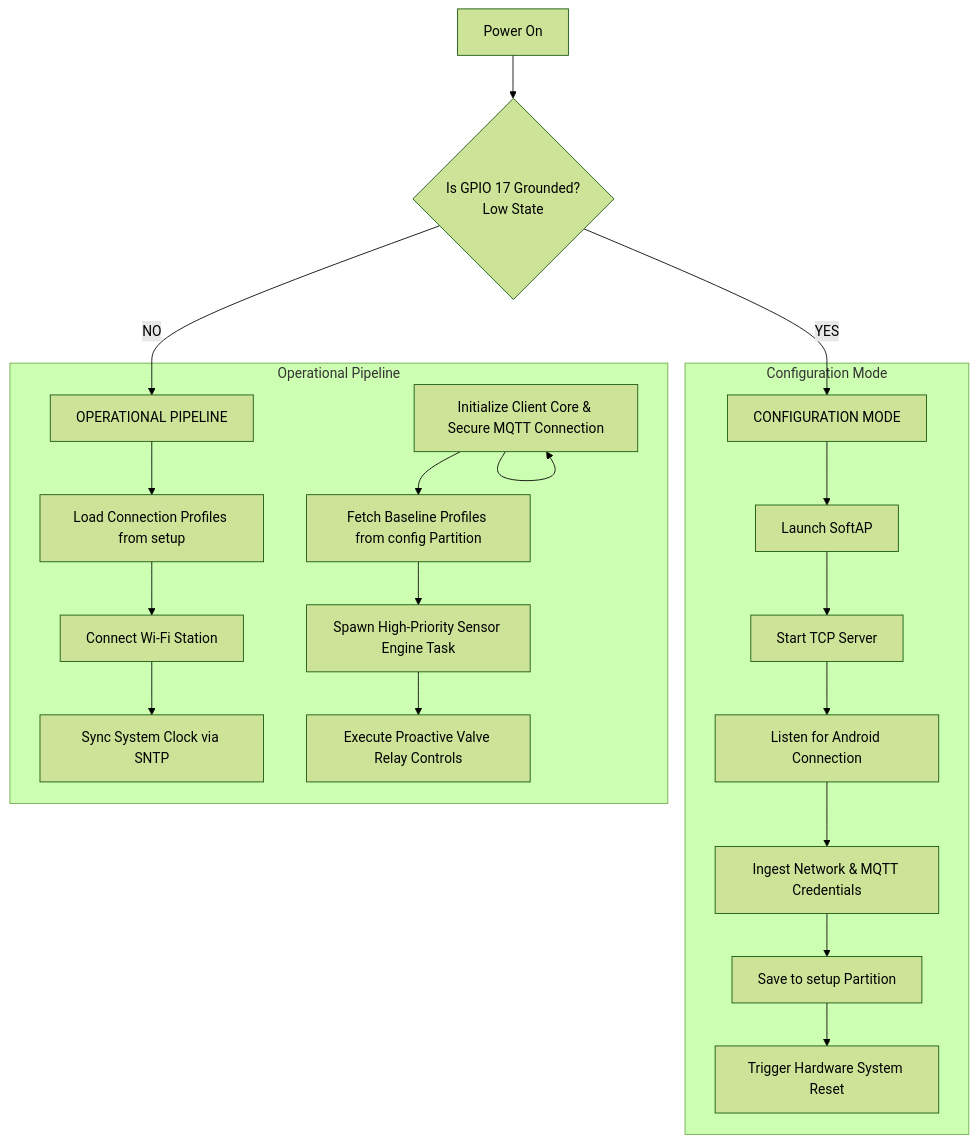
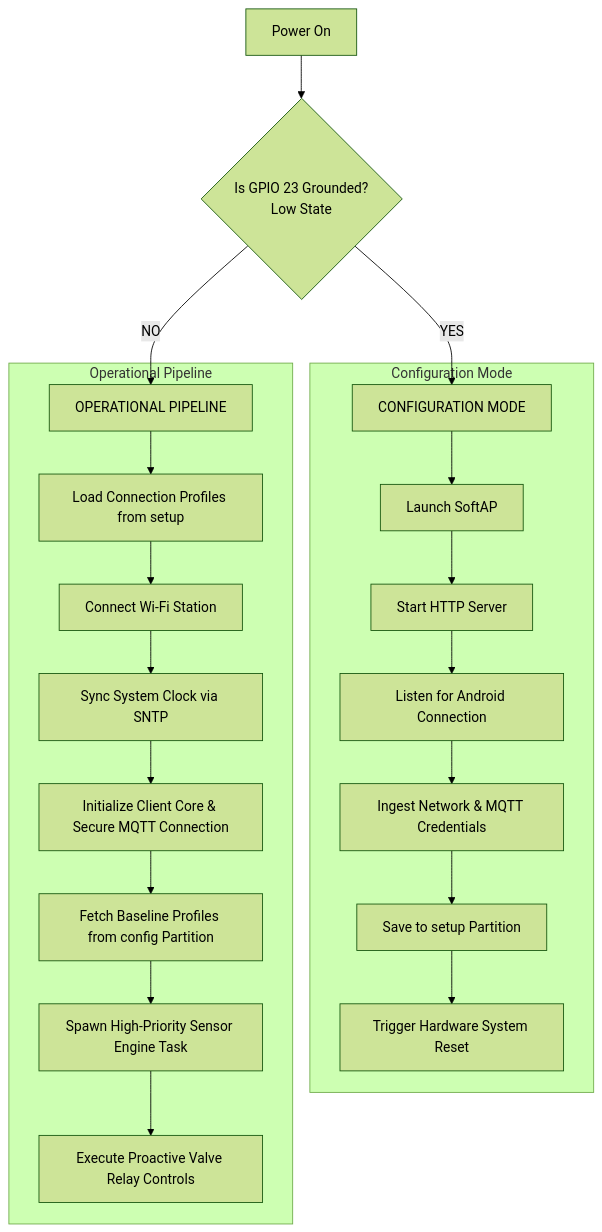
Before and after one commit to yuvalkuck/smart-irrigate: the second of 4 diagrams in README.md, drawn with Mermaid (forest theme). The commit also changed other lines of this file and 2 other files, not shown here.

Commit message:
add power design

````diff
--- a/README.md
+++ b/README.md
@@ -48,26 +48,26 @@
 ```mermaid
 graph TD
-    A[Power On] --> B{Is GPIO 17 Grounded?<br>Low State}
+    A[Power On] --> B{Is GPIO 23 Grounded?<br>Low State}
     
     B -- YES --> C[CONFIGURATION MODE]
     B -- NO  --> D[OPERATIONAL PIPELINE]
     
     subgraph Configuration Mode
         C --> C1[Launch SoftAP]
-        C1 --> C2[Start TCP Server]
+        C1 --> C2[Start HTTP Server]
         C2 --> C3[Listen for Android Connection]
         C3 --> C4[Ingest Network & MQTT Credentials]
         C4 --> C5[Save to setup Partition]
         C5 --> C6[Trigger Hardware System Reset]
     end
     
     subgraph Operational Pipeline
         D --> D1[Load Connection Profiles from setup]
         D1 --> D2[Connect Wi-Fi Station]
         D2 --> D3[Sync System Clock via SNTP]
-        D4 --> D4[Initialize Client Core & Secure MQTT Connection]
+        D3 --> D4[Initialize Client Core & Secure MQTT Connection]
         D4 --> D5[Fetch Baseline Profiles from config Partition]
         D5 --> D6[Spawn High-Priority Sensor Engine Task]
         D6 --> D7[Execute Proactive Valve Relay Controls]
     end
 ```
````
